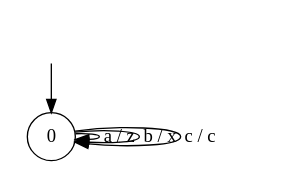
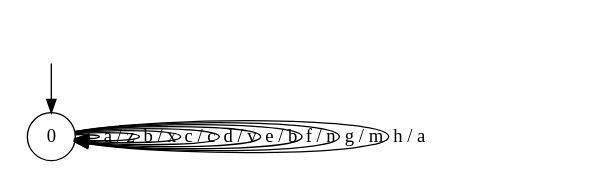
The diagram in result/output/learnedModel.dot (PengClever/IoTLearner), drawn with Graphviz before and after one commit. The commit also changed 9 other files, not shown here.

```diff
--- a/result/output/learnedModel.dot
+++ b/result/output/learnedModel.dot
@@ -1,10 +1,15 @@
 digraph g {
 __start0 [label="" shape="none"];
 
 	s0 [shape="circle" label="0"];
 	s0 -> s0 [label="a / z"];
 	s0 -> s0 [label="b / x"];
 	s0 -> s0 [label="c / c"];
+	s0 -> s0 [label="d / v"];
+	s0 -> s0 [label="e / b"];
+	s0 -> s0 [label="f / n"];
+	s0 -> s0 [label="g / m"];
+	s0 -> s0 [label="h / a"];
 
 __start0 -> s0;
 }
```
